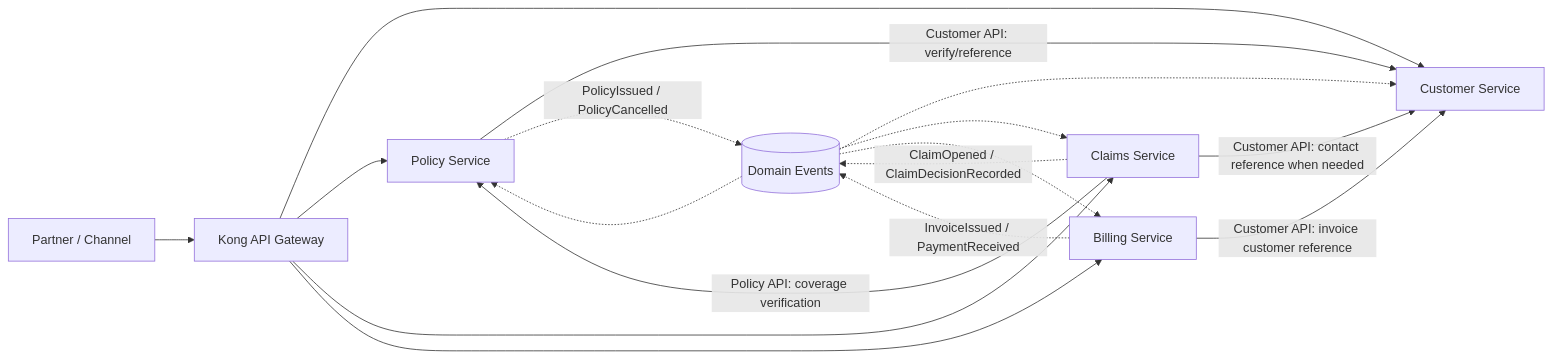
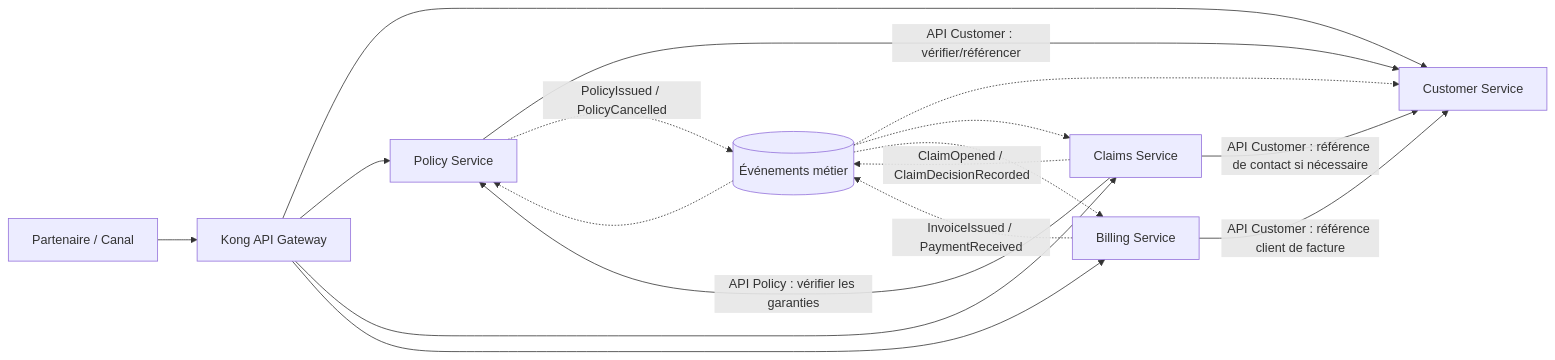
Before and after one commit to rami-aouinti/enterprise-api-platform: the diagram in docs/architecture/service-boundaries.md, drawn with Mermaid. The commit also changed other lines of this file and 12 other files, not shown here.

Commit message:
docs(#18): translate architecture and development guides to French

```diff
--- a/docs/architecture/service-boundaries.md
+++ b/docs/architecture/service-boundaries.md
@@ -21,21 +21,21 @@
 ~~~mermaid
 flowchart LR
-    Consumer[Partner / Channel] --> Gateway[Kong API Gateway]
+    Consumer[Partenaire / Canal] --> Gateway[Kong API Gateway]
     Gateway --> Customer[Customer Service]
     Gateway --> Policy[Policy Service]
     Gateway --> Claims[Claims Service]
     Gateway --> Billing[Billing Service]
 
-    Policy -->|Customer API: verify/reference| Customer
-    Claims -->|Policy API: coverage verification| Policy
-    Claims -->|Customer API: contact reference when needed| Customer
-    Billing -->|Customer API: invoice customer reference| Customer
+    Policy -->|API Customer : vérifier/référencer| Customer
+    Claims -->|API Policy : vérifier les garanties| Policy
+    Claims -->|API Customer : référence de contact si nécessaire| Customer
+    Billing -->|API Customer : référence client de facture| Customer
 
-    Policy -.->|PolicyIssued / PolicyCancelled| Events[(Domain Events)]
+    Policy -.->|PolicyIssued / PolicyCancelled| Events[(Événements métier)]
     Claims -.->|ClaimOpened / ClaimDecisionRecorded| Events
     Billing -.->|InvoiceIssued / PaymentReceived| Events
     Events -.-> Customer
     Events -.-> Policy
     Events -.-> Claims
     Events -.-> Billing
 ~~~
```
